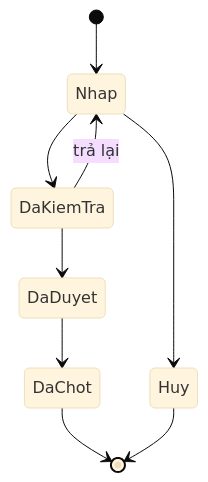
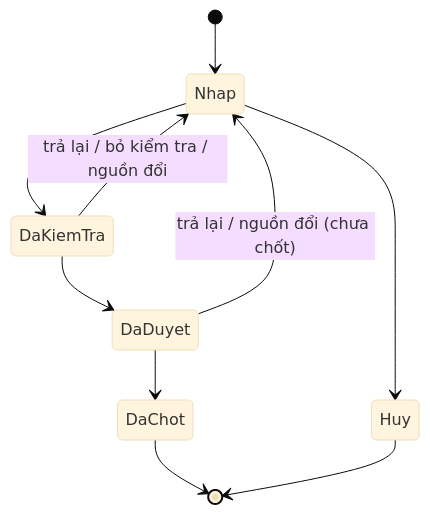
The fifth of 6 diagrams in docs/nghiep-vu.md (longdvhe170204/Elder_Care), drawn with Mermaid (base theme) before and after one commit. The commit also changed other lines of this file and 19 other files, not shown here.

````diff
--- a/docs/nghiep-vu.md
+++ b/docs/nghiep-vu.md
@@ -1105,11 +1231,12 @@
 ```mermaid
 stateDiagram-v2
     [*] --> Nhap
     Nhap --> DaKiemTra
     Nhap --> Huy
     DaKiemTra --> DaDuyet
-    DaKiemTra --> Nhap: trả lại
+    DaKiemTra --> Nhap: trả lại / bỏ kiểm tra / nguồn đổi
+    DaDuyet --> Nhap: trả lại / nguồn đổi (chưa chốt)
     DaDuyet --> DaChot
     DaChot --> [*]
     Huy --> [*]
 ```
````
